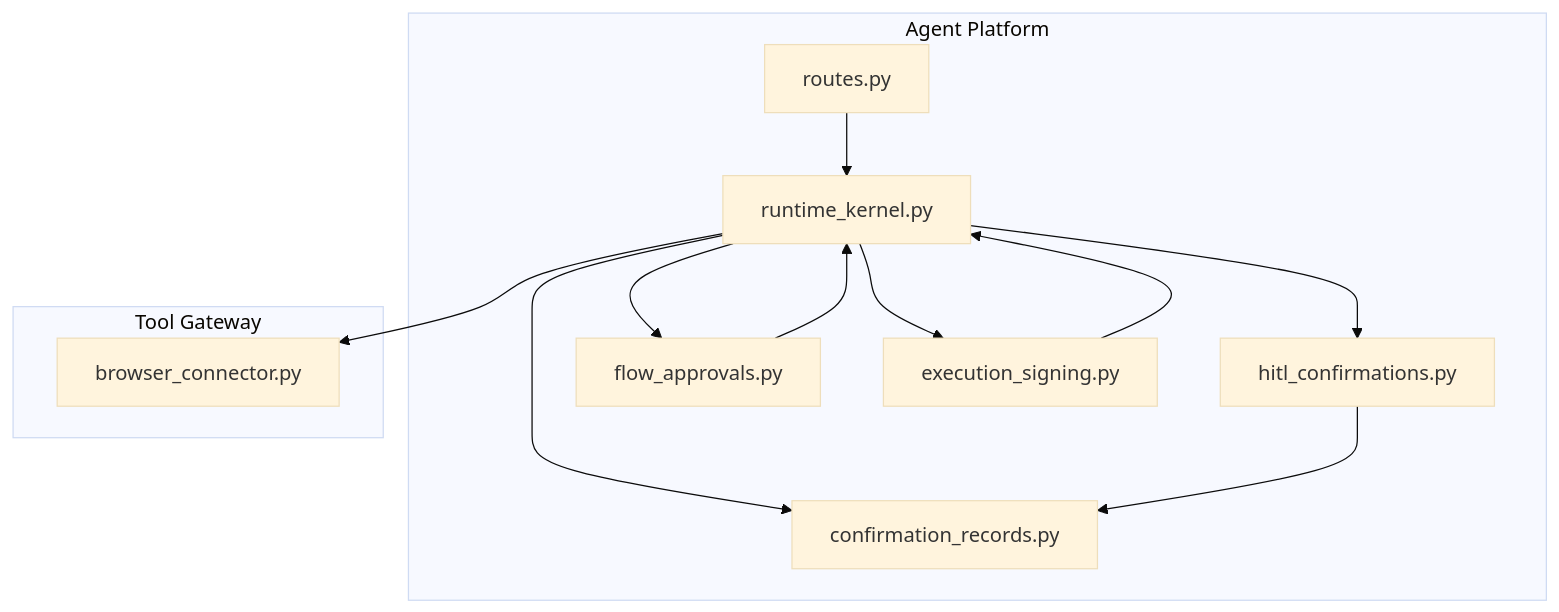
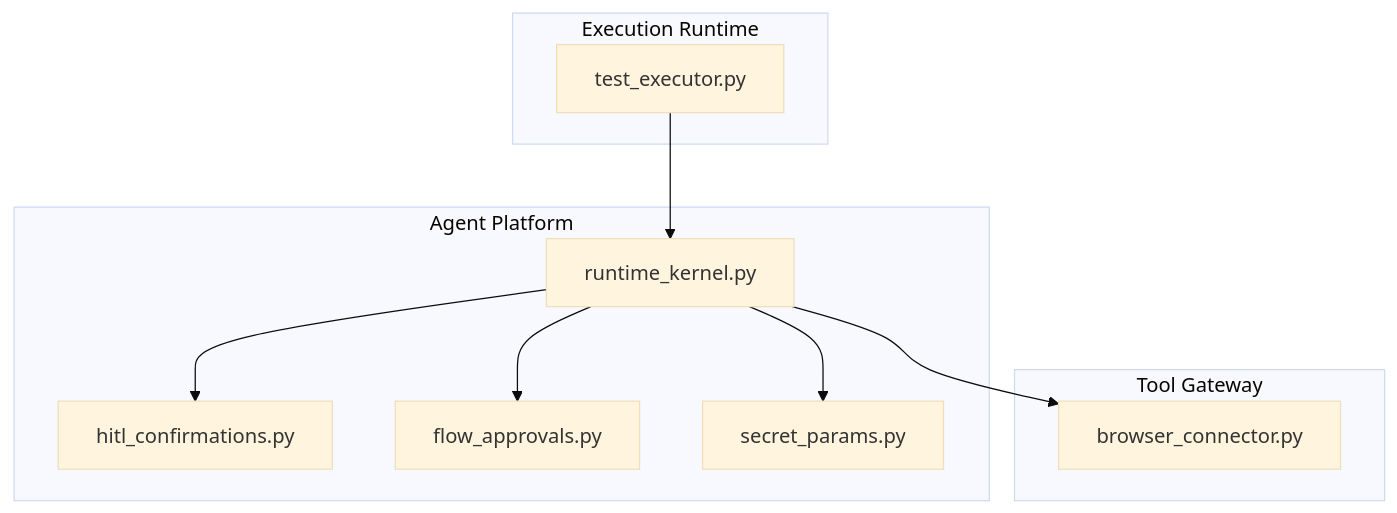
Before and after one commit to metasync/luban-aiops: the first of 10 diagrams in .qoder/repowiki/en/content/Architecture Documentation/SPEC-054_ Action-Level Approval and Change Request Card.md, drawn with Mermaid (base theme). The commit also changed other lines of this file and 47 other files, not shown here.

````diff
--- a/.qoder/repowiki/en/content/Architecture Documentation/SPEC-054_ Action-Level Approval and Change Request Card.md
+++ b/.qoder/repowiki/en/content/Architecture Documentation/SPEC-054_ Action-Level Approval and Change Request Card.md
@@ -62,23 +60,20 @@
 ```mermaid
 graph TB
 subgraph "Agent Platform"
 RK["runtime_kernel.py"]
 HC["hitl_confirmations.py"]
-CR["confirmation_records.py"]
 FA["flow_approvals.py"]
-ES["execution_signing.py"]
-RT["routes.py"]
+SP["secret_params.py"]
 end
 subgraph "Tool Gateway"
 BC["browser_connector.py"]
 end
+subgraph "Execution Runtime"
+ER["test_executor.py"]
+end
 RK --> HC
-RK --> CR
 RK --> FA
-RK --> ES
+RK --> SP
 RK --> BC
-RT --> RK
-HC --> CR
-FA --> RK
-ES --> RK
+ER --> RK
 ```
````
